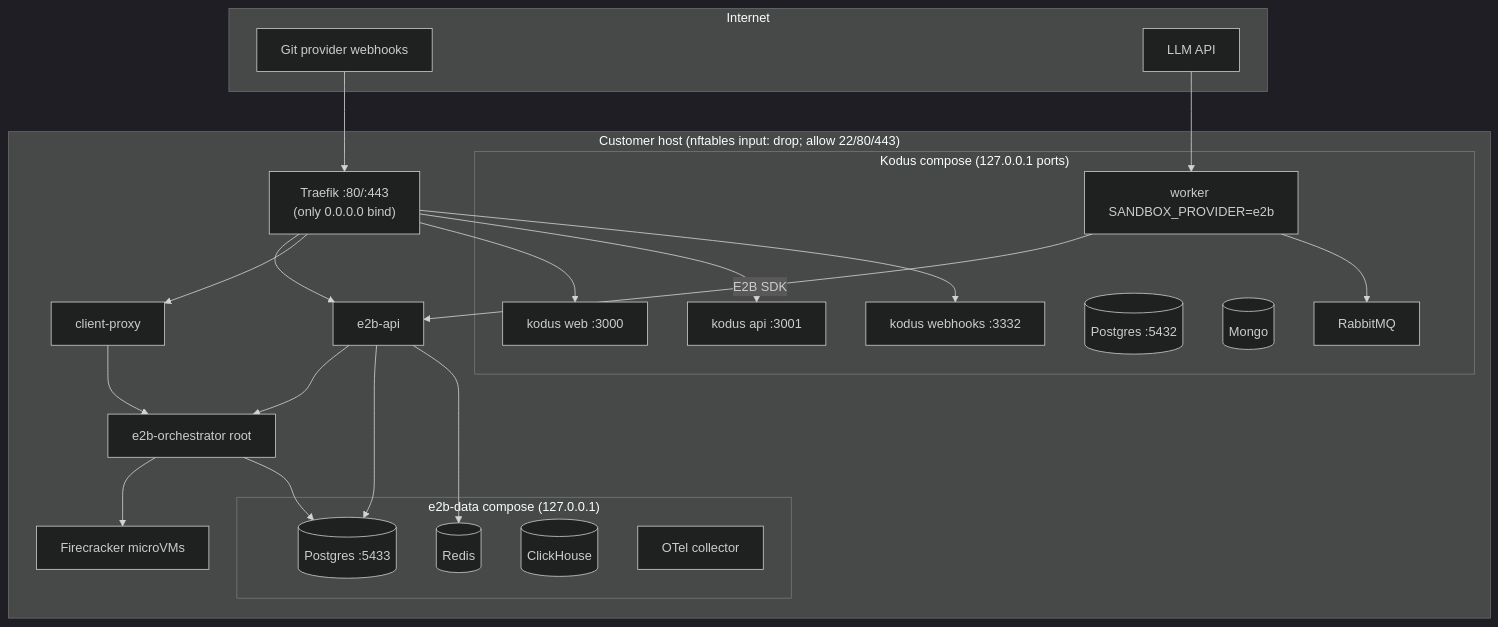
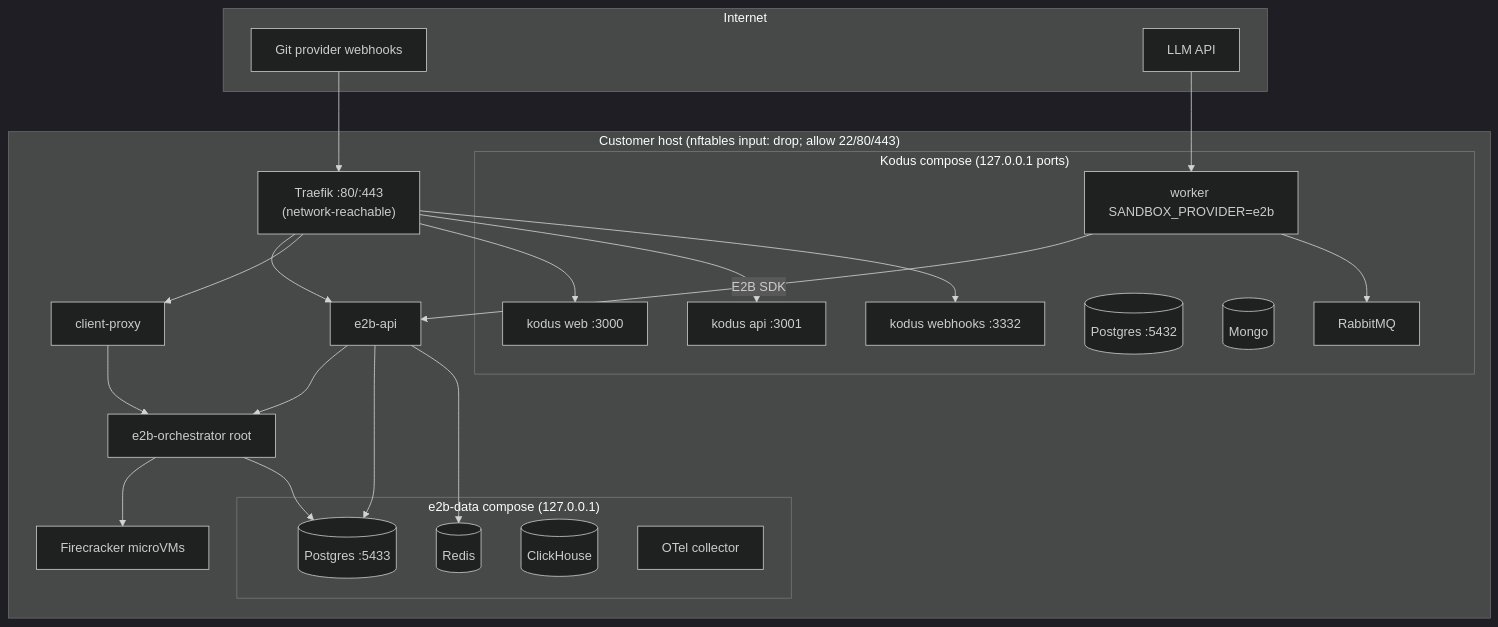
The diagram in docs/architecture.md (qopsc/gremlintrace), drawn with Mermaid (dark theme) before and after one commit. The commit also changed other lines of this file and 43 other files, not shown here.

````diff
--- a/docs/architecture.md
+++ b/docs/architecture.md
@@ -9,46 +9,46 @@
 ```mermaid
 flowchart TB
   subgraph Internet
     Git[Git provider webhooks]
     LLM[LLM API]
   end
 
   subgraph Host["Customer host (nftables input: drop; allow 22/80/443)"]
-    Traefik["Traefik :80/:443\n(only 0.0.0.0 bind)"]
+    Traefik["Traefik :80/:443\n(network-reachable)"]
     subgraph Docker_Kodus["Kodus compose (127.0.0.1 ports)"]
       Web[kodus web :3000]
       API[kodus api :3001]
       WH[kodus webhooks :3332]
       Worker[worker SANDBOX_PROVIDER=e2b]
       KPG[(Postgres :5432)]
       Mongo[(Mongo)]
       RMQ[RabbitMQ]
     end
     subgraph Docker_E2B["e2b-data compose (127.0.0.1)"]
       EPG[(Postgres :5433)]
       Redis[(Redis)]
       CH[(ClickHouse)]
       OTel[OTel collector]
     end
     Orch[e2b-orchestrator root]
     EAPI[e2b-api]
     Proxy[client-proxy]
     FC[Firecracker microVMs]
   end
 
   Git --> Traefik
   LLM --> Worker
   Traefik --> Web
   Traefik --> API
   Traefik --> WH
   Traefik --> EAPI
   Traefik --> Proxy
   Worker -->|E2B SDK| EAPI
   EAPI --> Orch
   Proxy --> Orch
   Orch --> FC
   Worker --> RMQ
   EAPI --> EPG
   EAPI --> Redis
   Orch --> EPG
 ```
````
